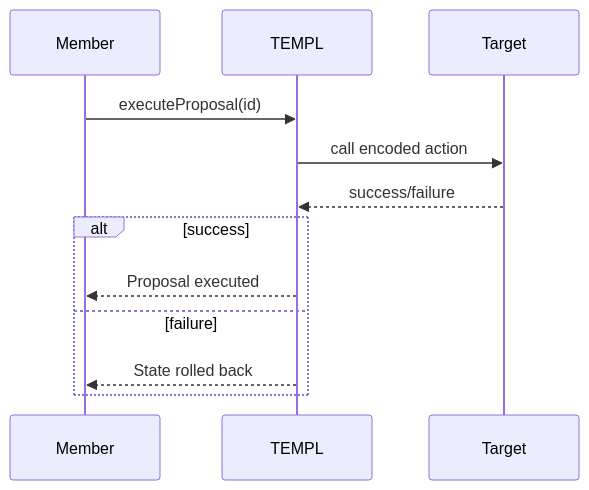
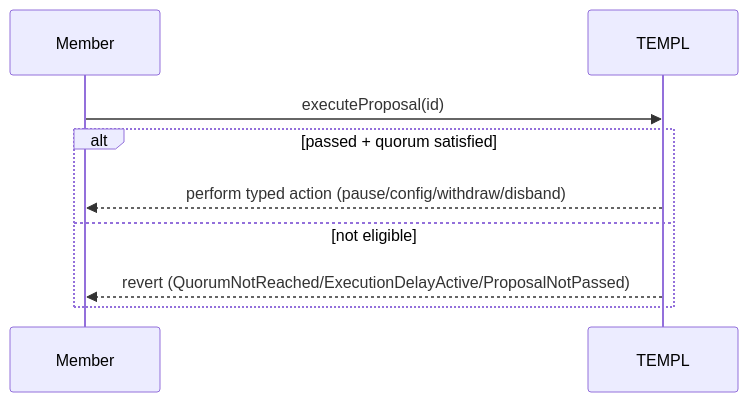
One commit to templ-fun/templ-evm-protocol changed the third of 3 diagrams in CONTRACTS.md. Above: the diagram before and after it, drawn with Mermaid. The commit also changed other lines of this file and 10 other files, not shown here.

````diff
--- a/CONTRACTS.md
+++ b/CONTRACTS.md
@@ -111,14 +115,11 @@
 ```mermaid
 sequenceDiagram
     participant Member
     participant TEMPL
-    participant Target
     Member->>TEMPL: executeProposal(id)
-    TEMPL->>Target: call encoded action
-    Target-->>TEMPL: success/failure
-    alt success
-        TEMPL-->>Member: Proposal executed
-    else failure
-        TEMPL-->>Member: State rolled back
+    alt passed + quorum satisfied
+        TEMPL-->>Member: perform typed action (pause/config/withdraw/disband)
+    else not eligible
+        TEMPL-->>Member: revert (QuorumNotReached/ExecutionDelayActive/ProposalNotPassed)
     end
 ```
````
